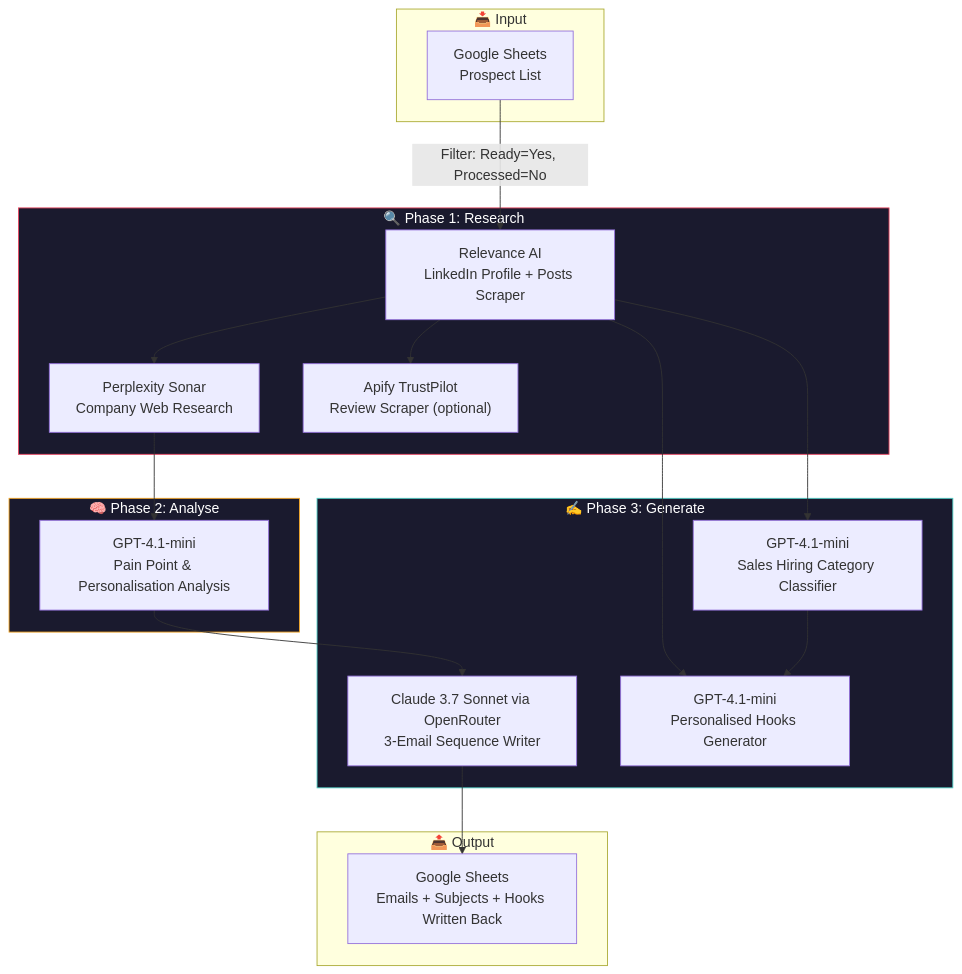
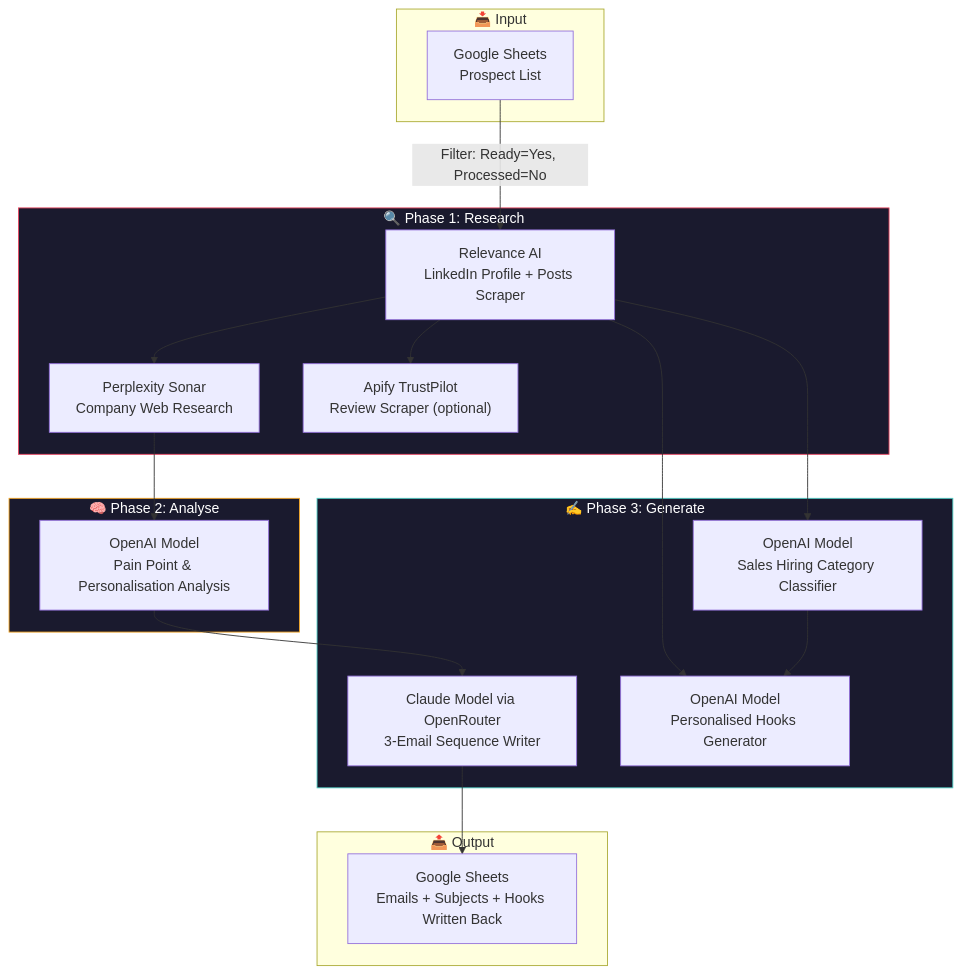
The diagram in Email_Campaign_Prep/README.md (strider1000/Demo-Workflow-Automations), drawn with Mermaid before and after one commit. The commit also changed other lines of this file and 4 other files, not shown here.

````diff
--- a/Email_Campaign_Prep/README.md
+++ b/Email_Campaign_Prep/README.md
@@ -29,40 +29,40 @@
 ```mermaid
 flowchart TB
     subgraph Input["📥 Input"]
         SHEETS["Google Sheets\nProspect List"]
     end
 
     subgraph Phase1["🔍 Phase 1: Research"]
         LINKEDIN["Relevance AI\nLinkedIn Profile + Posts Scraper"]
         PERPLEXITY["Perplexity Sonar\nCompany Web Research"]
         TRUSTPILOT["Apify TrustPilot\nReview Scraper (optional)"]
     end
 
     subgraph Phase2["🧠 Phase 2: Analyse"]
-        GPT_ANALYSE["GPT-4.1-mini\nPain Point & Personalisation Analysis"]
+        GPT_ANALYSE["OpenAI Model\nPain Point & Personalisation Analysis"]
     end
 
     subgraph Phase3["✍️ Phase 3: Generate"]
-        CLAUDE["Claude 3.7 Sonnet via OpenRouter\n3-Email Sequence Writer"]
-        HOOKS["GPT-4.1-mini\nPersonalised Hooks Generator"]
-        SALES_CAT["GPT-4.1-mini\nSales Hiring Category Classifier"]
+        CLAUDE["Claude Model via OpenRouter\n3-Email Sequence Writer"]
+        HOOKS["OpenAI Model\nPersonalised Hooks Generator"]
+        SALES_CAT["OpenAI Model\nSales Hiring Category Classifier"]
     end
 
     subgraph Output["📤 Output"]
         SHEETS_OUT["Google Sheets\nEmails + Subjects + Hooks Written Back"]
     end
 
     SHEETS -->|"Filter: Ready=Yes, Processed=No"| LINKEDIN
     LINKEDIN --> PERPLEXITY
     PERPLEXITY --> GPT_ANALYSE
     LINKEDIN --> TRUSTPILOT
     GPT_ANALYSE --> CLAUDE
     CLAUDE --> SHEETS_OUT
     LINKEDIN --> HOOKS
     LINKEDIN --> SALES_CAT
     SALES_CAT --> HOOKS
 
     style Phase1 fill:#1a1a2e,stroke:#e94560,color:#fff
     style Phase2 fill:#1a1a2e,stroke:#f5a623,color:#fff
     style Phase3 fill:#1a1a2e,stroke:#4ecdc4,color:#fff
 ```
````
